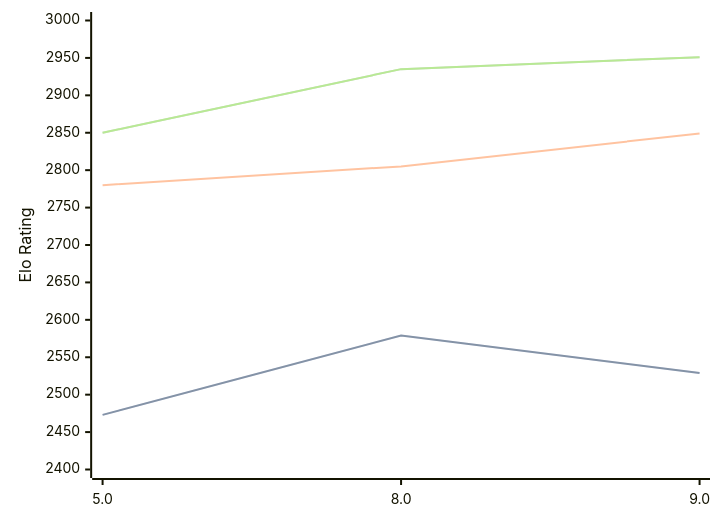
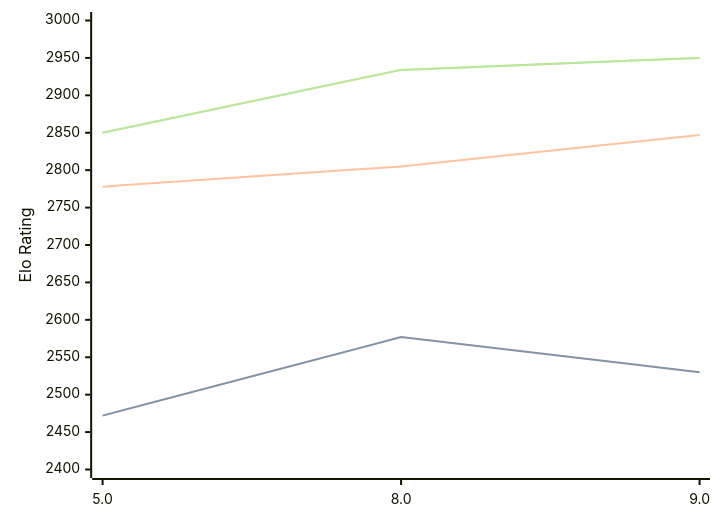
The diagram in engines/4kc.md (computer-chess-index/cci), drawn with Mermaid before and after one commit. The commit also changed other lines of this file, not shown here.

Commit message:
Update CCI Ratings (ELO VLTC) - 2026-08-11

````diff
--- a/engines/4kc.md
+++ b/engines/4kc.md
@@ -33,11 +33,11 @@
 ```mermaid
 %%{init: {"theme":"base","themeVariables":{"seriesColors:['#a3a3a3','#222221','#faa371']}}}%%
 xychart-beta
   x-axis ["5.0", "8.0", "9.0"]
   y-axis "Elo Rating" 2400 --> 3000
-  line "STC (8.0+0.08s)" [2473, 2579, 2529]
-  line "STC (8.0+0.08s)" [2473, 2579, 2529]
-  line "LTC (60.0+0.60s)" [2780, 2805, 2849]
-  line "VLTC (2m24s+1.12s)" [2850, 2935, 2951]
-  line "VLTC (2m24s+1.12s)" [2850, 2935, 2951]
+  line "STC (8.0+0.08s)" [2472, 2577, 2530]
+  line "STC (8.0+0.08s)" [2472, 2577, 2530]
+  line "LTC (60.0+0.60s)" [2778, 2805, 2847]
+  line "VLTC (2m24s+1.12s)" [2850, 2934, 2950]
+  line "VLTC (2m24s+1.12s)" [2850, 2934, 2950]
 ```
````
